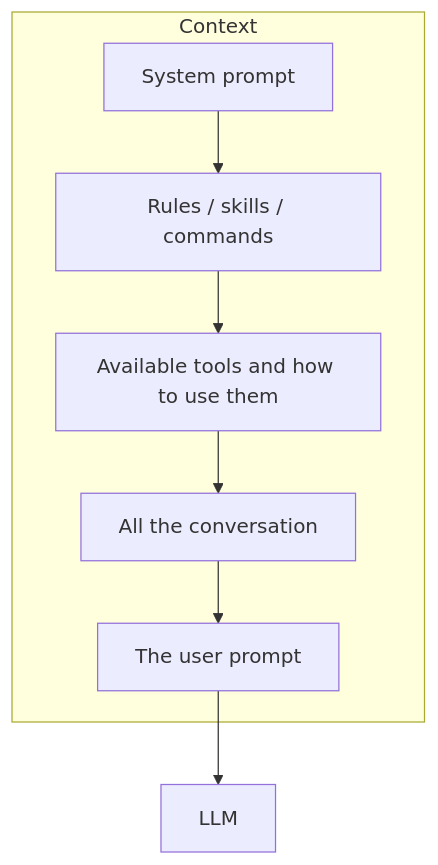
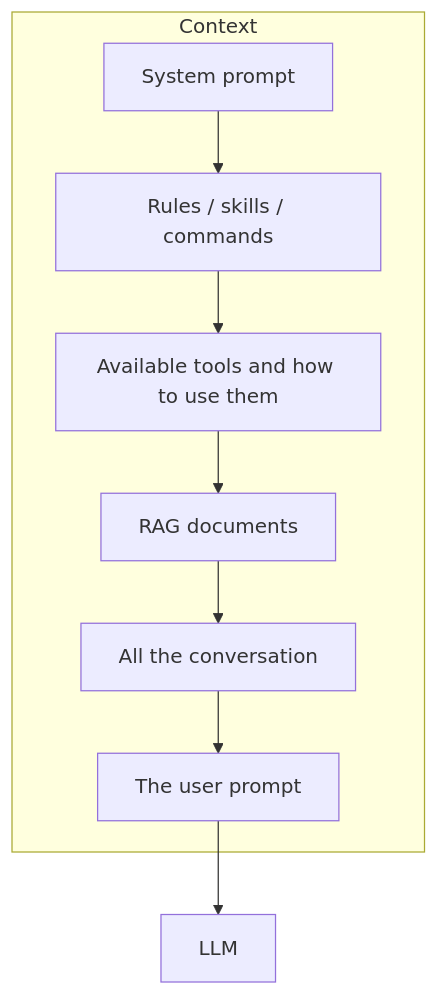
The sixth of 7 diagrams in PRESENTATION.md (ilsasdo/its-all-about-prompting), drawn with Mermaid before and after one commit. The commit also changed other lines of this file, not shown here.

````diff
--- a/PRESENTATION.md
+++ b/PRESENTATION.md
@@ -113,11 +160,12 @@
 ```mermaid
 flowchart TB
     subgraph Context
         S[System prompt]
         R[Rules / skills / commands]
         T[Available tools and how to use them]
+        G[RAG documents]
         H[All the conversation]
         U[The user prompt]
     end
-    S --> R --> T --> H --> U --> LLM
+    S --> R --> T --> G --> H --> U --> LLM
 ```
````
